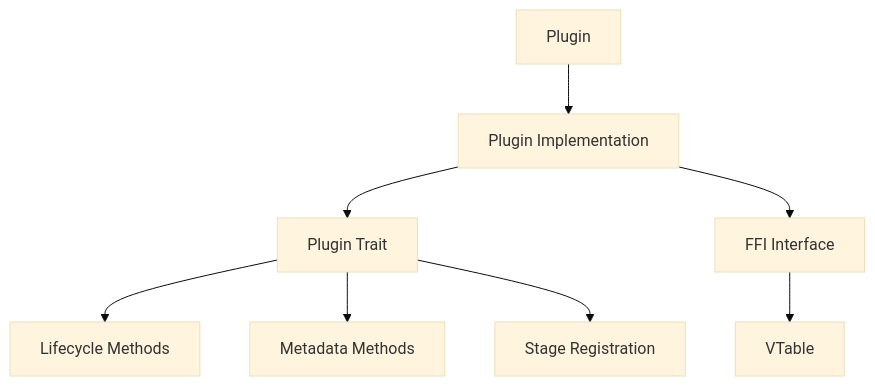
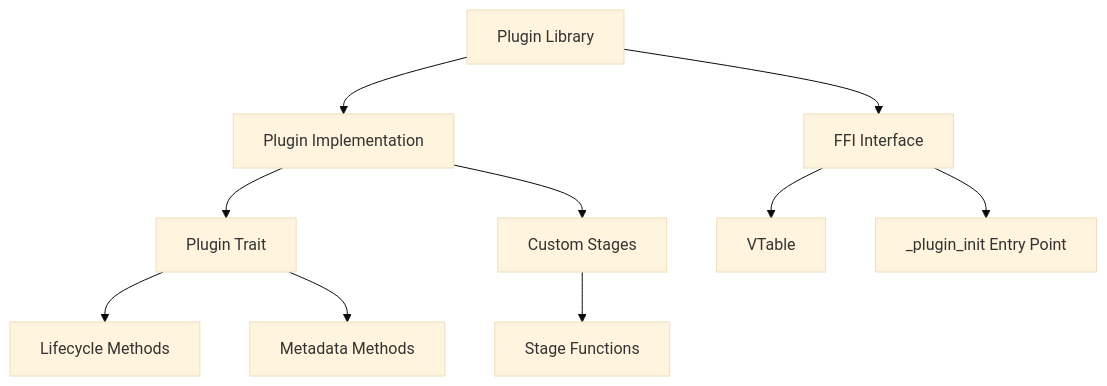
The diagram in docs/plugin_system_developer_guide.md (kunihir0/gini), drawn with Mermaid (base theme) before and after one commit. The commit also changed other lines of this file, not shown here.

````diff
--- a/docs/plugin_system_developer_guide.md
+++ b/docs/plugin_system_developer_guide.md
@@ -9,10 +9,12 @@
 ```mermaid
 graph TD
-    A[Plugin] --> B[Plugin Implementation]
-    B --> C[Plugin Trait]
-    B --> D[FFI Interface]
-    D --> E[VTable]
-    C --> F[Lifecycle Methods]
-    C --> G[Metadata Methods]
-    C --> H[Stage Registration]
+    A[Plugin Library] --> B[Plugin Implementation]
+    A --> C[FFI Interface]
+    B --> D[Plugin Trait]
+    B --> E[Custom Stages]
+    C --> F[VTable]
+    C --> G[_plugin_init Entry Point]
+    D --> H[Lifecycle Methods]
+    D --> I[Metadata Methods]
+    E --> J[Stage Functions]
 ```
````
